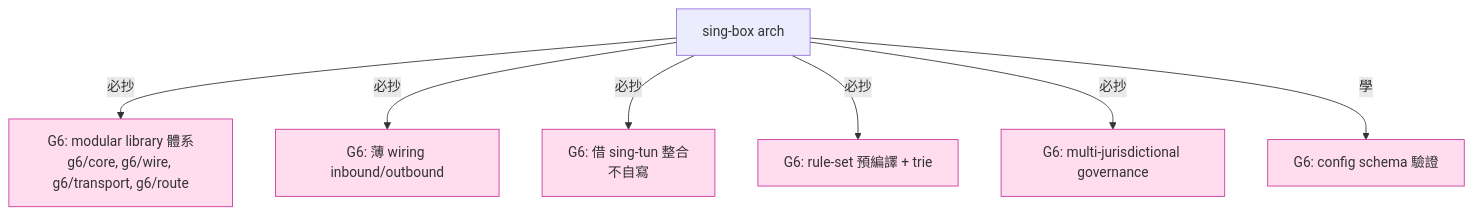
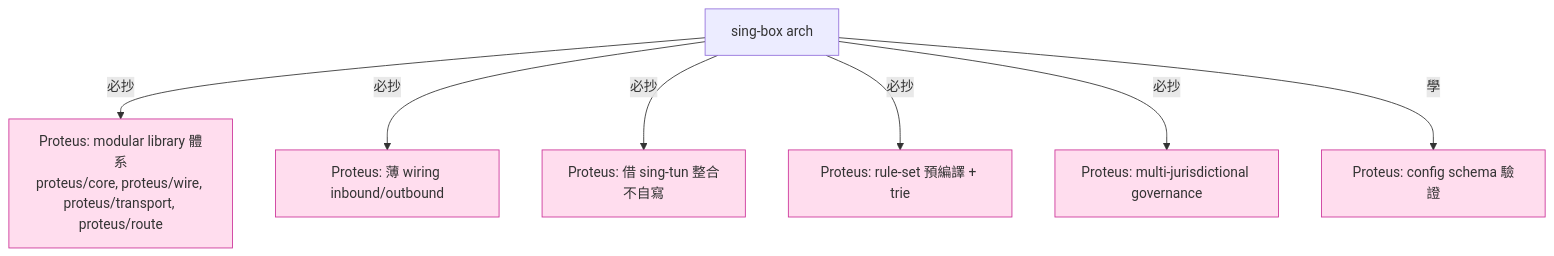
The third of 3 diagrams in lessons/part-7-proxy-protocols/7.15-singbox-source-overview.md (Icarus603/network-from-scratch), drawn with Mermaid before and after one commit. The commit also changed other lines of this file and 300 other files, not shown here.

````diff
--- a/lessons/part-7-proxy-protocols/7.15-singbox-source-overview.md
+++ b/lessons/part-7-proxy-protocols/7.15-singbox-source-overview.md
@@ -477,13 +477,13 @@
 ```mermaid
 flowchart TD
     SBOX[sing-box arch]
-    SBOX -- 必抄 --> G_MOD[G6: modular library 體系<br/>g6/core, g6/wire, g6/transport, g6/route]
-    SBOX -- 必抄 --> G_THIN[G6: 薄 wiring inbound/outbound]
-    SBOX -- 必抄 --> G_TUN[G6: 借 sing-tun 整合<br/>不自寫]
-    SBOX -- 必抄 --> G_RS[G6: rule-set 預編譯 + trie]
-    SBOX -- 必抄 --> G_GOV[G6: multi-jurisdictional governance]
-    SBOX -- 學 --> G_SCHEMA[G6: config schema 驗證]
+    SBOX -- 必抄 --> G_MOD[Proteus: modular library 體系<br/>proteus/core, proteus/wire, proteus/transport, proteus/route]
+    SBOX -- 必抄 --> G_THIN[Proteus: 薄 wiring inbound/outbound]
+    SBOX -- 必抄 --> G_TUN[Proteus: 借 sing-tun 整合<br/>不自寫]
+    SBOX -- 必抄 --> G_RS[Proteus: rule-set 預編譯 + trie]
+    SBOX -- 必抄 --> G_GOV[Proteus: multi-jurisdictional governance]
+    SBOX -- 學 --> G_SCHEMA[Proteus: config schema 驗證]
 
     classDef ours fill:#fde,stroke:#c39
     class G_MOD,G_THIN,G_TUN,G_RS,G_GOV,G_SCHEMA ours
 ```
````
